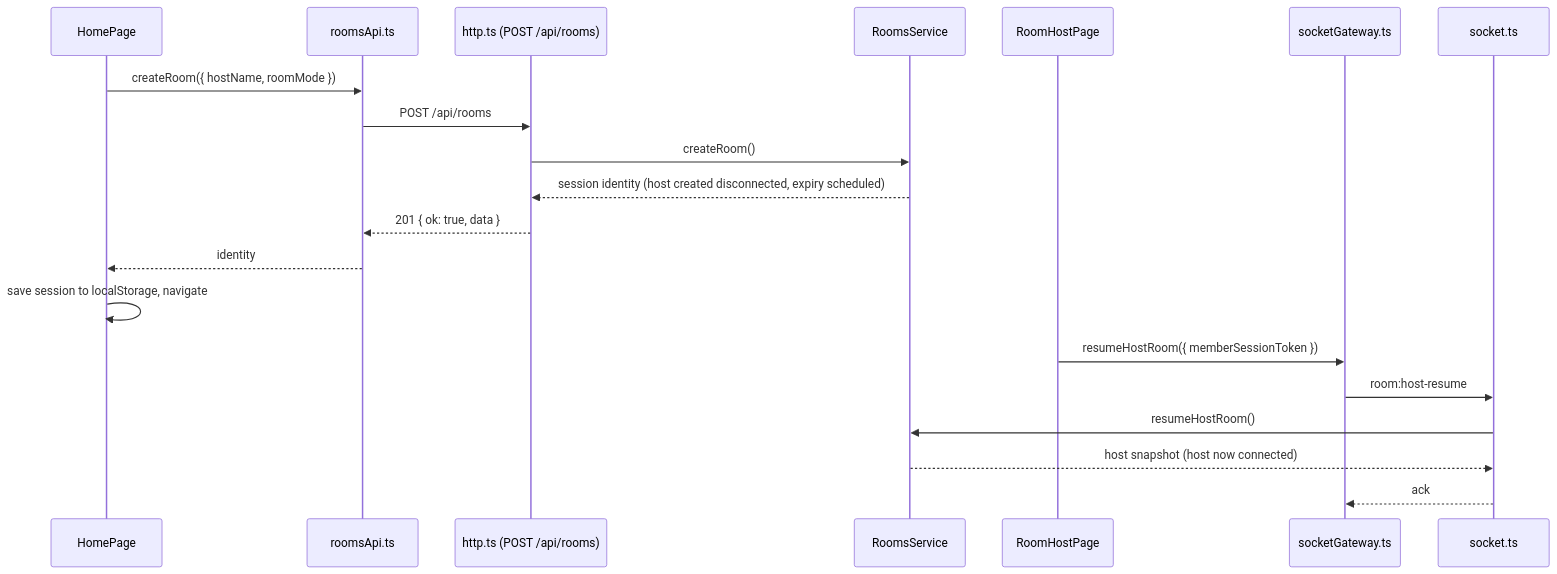
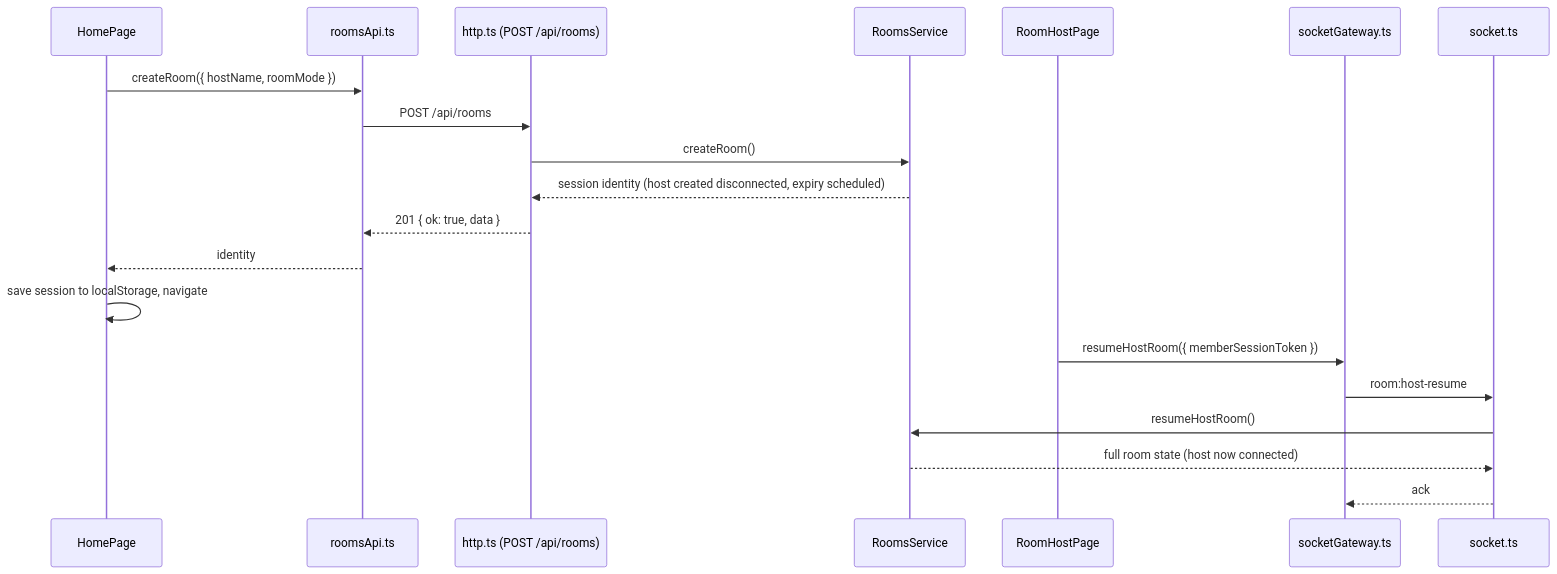
The first of 6 diagrams in docs/architecture/multiplayer.md (atamuratov07/georally-game), drawn with Mermaid before and after one commit. The commit also changed other lines of this file and 3 other files, not shown here.

````diff
--- a/docs/architecture/multiplayer.md
+++ b/docs/architecture/multiplayer.md
@@ -34,23 +34,23 @@
 ```mermaid
 sequenceDiagram
     participant Home as HomePage
     participant Api as roomsApi.ts
     participant Http as http.ts (POST /api/rooms)
     participant Service as RoomsService
     participant HostPage as RoomHostPage
     participant Gateway as socketGateway.ts
     participant Handlers as socket.ts
 
     Home->>Api: createRoom({ hostName, roomMode })
     Api->>Http: POST /api/rooms
     Http->>Service: createRoom()
     Service-->>Http: session identity (host created disconnected, expiry scheduled)
     Http-->>Api: 201 { ok: true, data }
     Api-->>Home: identity
     Home->>Home: save session to localStorage, navigate
     HostPage->>Gateway: resumeHostRoom({ memberSessionToken })
     Gateway->>Handlers: room:host-resume
     Handlers->>Service: resumeHostRoom()
-    Service-->>Handlers: host snapshot (host now connected)
+    Service-->>Handlers: full room state (host now connected)
     Handlers-->>Gateway: ack
 ```
````
